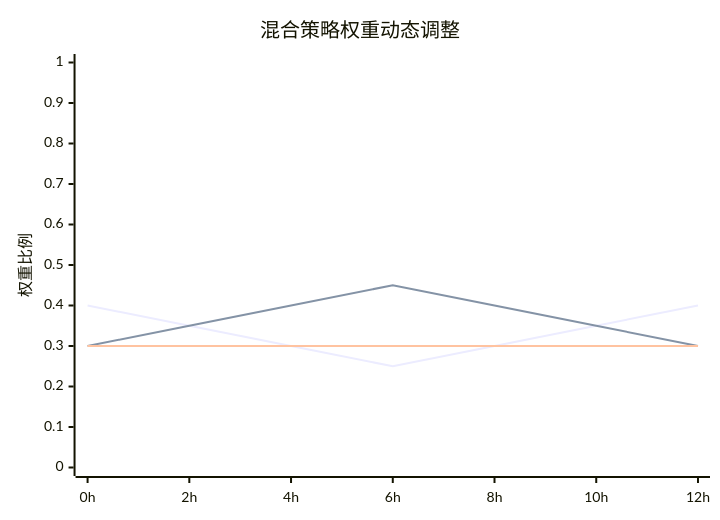
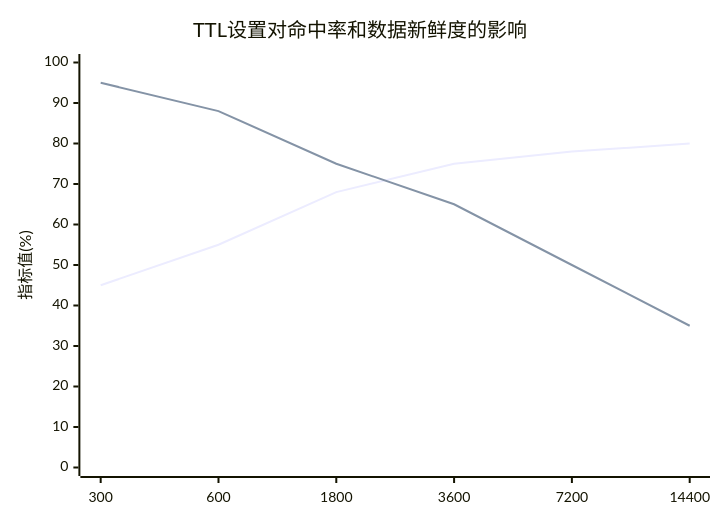
Diagram 16 of 25 in md/第五章-实验与分析.md (crazypenguincode/duckdb), drawn with Mermaid before and after one commit. The commit also changed other lines of this file and 361 other files, not shown here.

````diff
--- a/md/第五章-实验与分析.md
+++ b/md/第五章-实验与分析.md
@@ -695,9 +506,8 @@
 ```mermaid
 xychart-beta
-    title "混合策略权重动态调整"
-    x-axis [0h, 2h, 4h, 6h, 8h, 10h, 12h]
-    y-axis "权重比例" 0 --> 1
-    line [0.4, 0.35, 0.3, 0.25, 0.3, 0.35, 0.4]
-    line [0.3, 0.35, 0.4, 0.45, 0.4, 0.35, 0.3]
-    line [0.3, 0.3, 0.3, 0.3, 0.3, 0.3, 0.3]
+    title "TTL设置对命中率和数据新鲜度的影响"
+    x-axis [300, 600, 1800, 3600, 7200, 14400]
+    y-axis "指标值(%)" 0 --> 100
+    line [45, 55, 68, 75, 78, 80]
+    line [95, 88, 75, 65, 50, 35]
 ```
````
